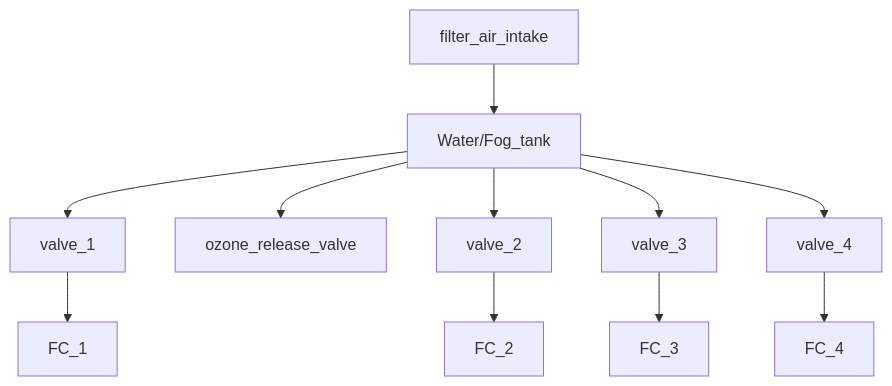
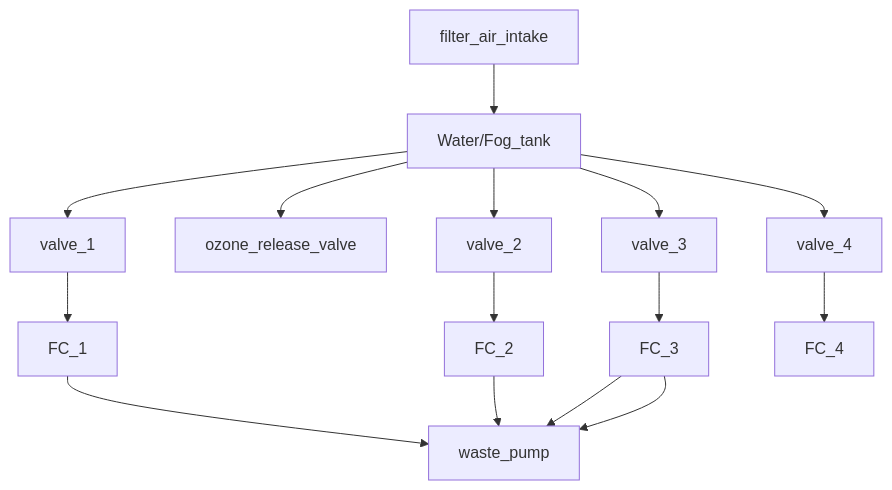
Before and after one commit to StevenAndrewsII/Fung_OS: the third of 3 diagrams in README.md, drawn with Mermaid.

````diff
--- a/README.md
+++ b/README.md
@@ -135,10 +135,15 @@
 ```mermaid
 graph TD;
    filter_air_intake-->Water/Fog_tank-->valve_1 -->FC_1;
    Water/Fog_tank-->ozone_release_valve;
    Water/Fog_tank-->valve_2-->FC_2;
    Water/Fog_tank-->valve_3-->FC_3;
    Water/Fog_tank-->valve_4-->FC_4;
 
+   FC_1 --> waste_pump;
+   FC_2 --> waste_pump;
+   FC_3 --> waste_pump;
+   FC_3 --> waste_pump;
+
   
 ```
````
